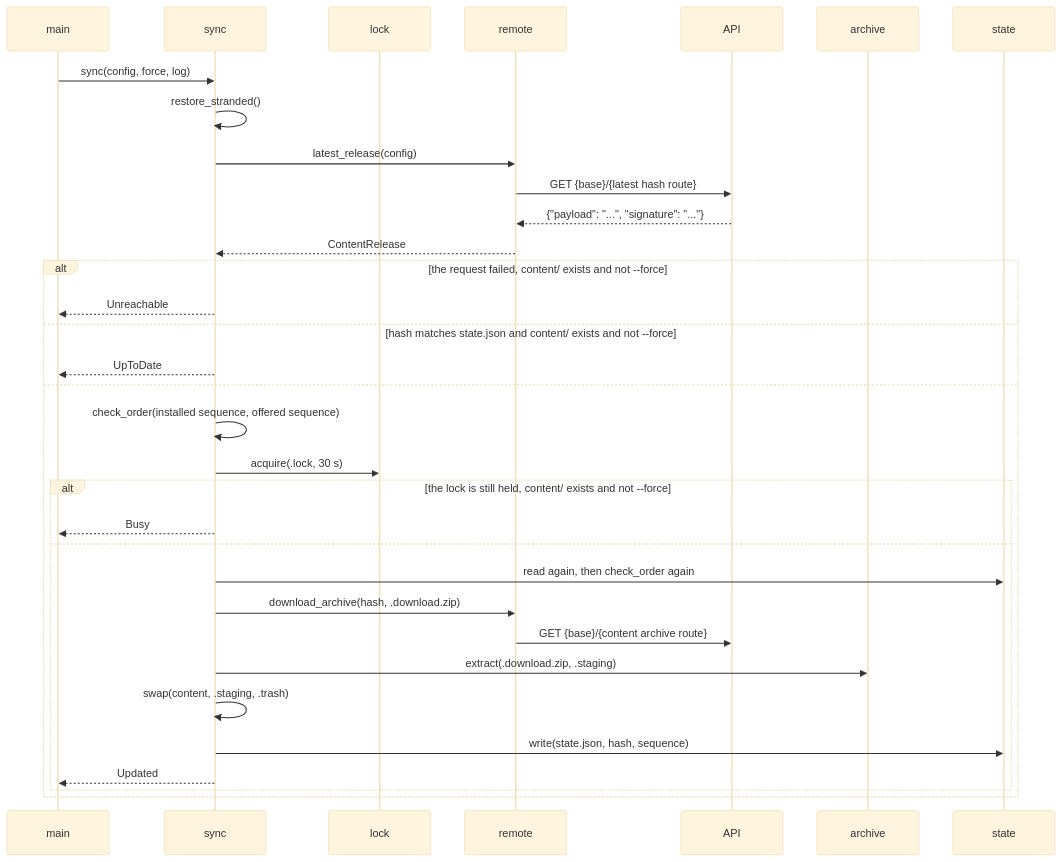
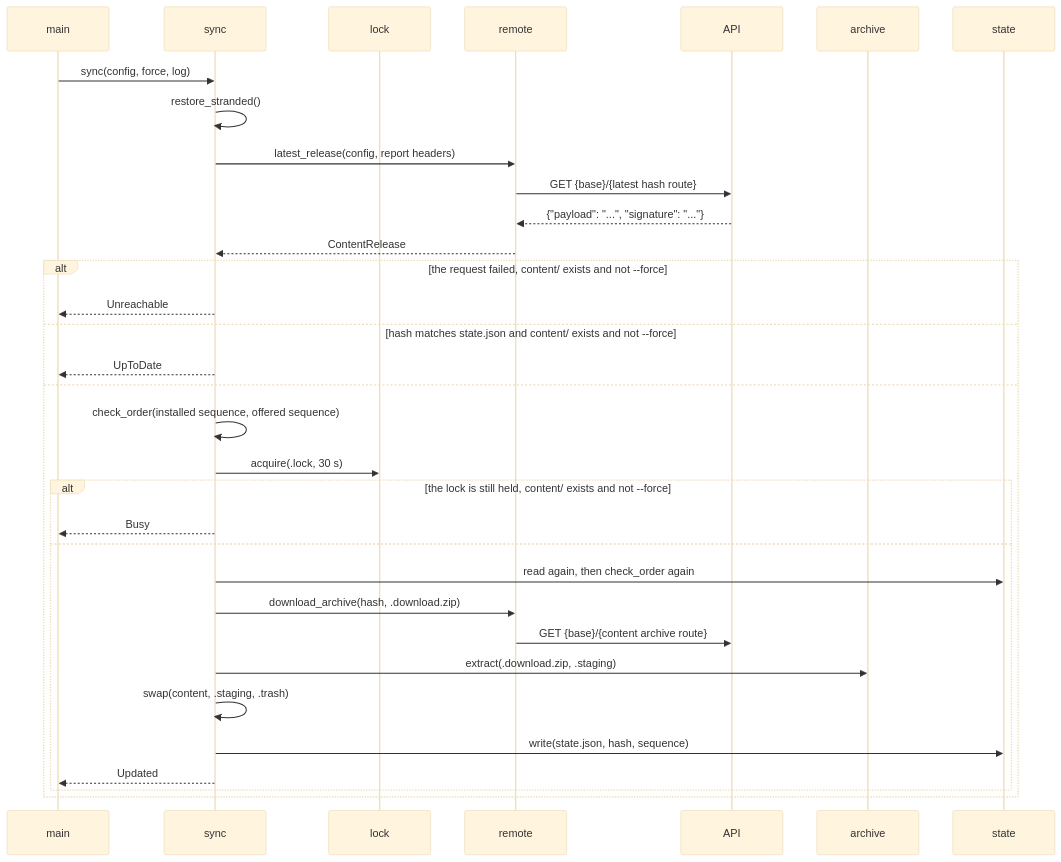
The third of 7 diagrams in docs/FLOW.md (damac-italia/brainmaker), drawn with Mermaid (base theme) before and after one commit. The commit also changed other lines of this file and 16 other files, not shown here.

````diff
--- a/docs/FLOW.md
+++ b/docs/FLOW.md
@@ -127,35 +134,35 @@
 ```mermaid
 sequenceDiagram
     participant main
     participant sync
     participant lock
     participant remote
     participant API
     participant archive
     participant state
     main->>sync: sync(config, force, log)
     sync->>sync: restore_stranded()
-    sync->>remote: latest_release(config)
+    sync->>remote: latest_release(config, report headers)
     remote->>API: GET {base}/{latest hash route}
     API-->>remote: {"payload": "...", "signature": "..."}
     remote-->>sync: ContentRelease
     alt the request failed, content/ exists and not --force
         sync-->>main: Unreachable
     else hash matches state.json and content/ exists and not --force
         sync-->>main: UpToDate
     else
         sync->>sync: check_order(installed sequence, offered sequence)
         sync->>lock: acquire(.lock, 30 s)
         alt the lock is still held, content/ exists and not --force
             sync-->>main: Busy
         else
             sync->>state: read again, then check_order again
             sync->>remote: download_archive(hash, .download.zip)
             remote->>API: GET {base}/{content archive route}
             sync->>archive: extract(.download.zip, .staging)
             sync->>sync: swap(content, .staging, .trash)
             sync->>state: write(state.json, hash, sequence)
             sync-->>main: Updated
         end
     end
 ```
````
